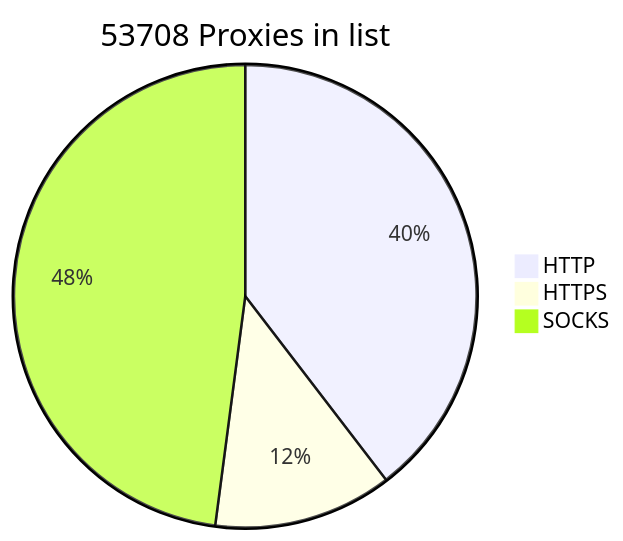
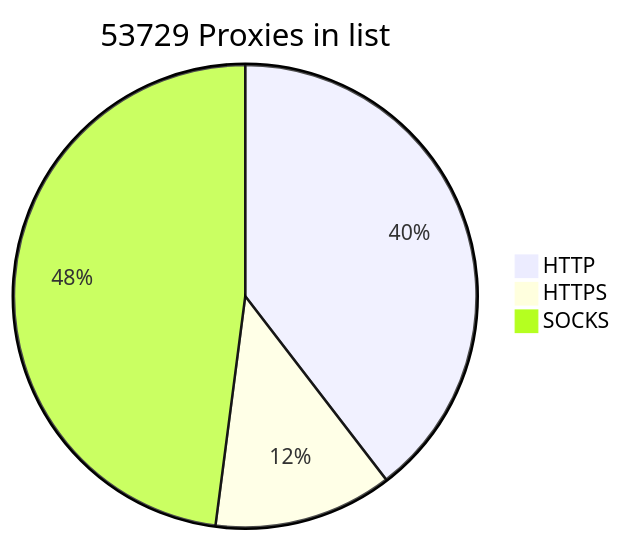
One commit to BlackSnowDot/proxylist-update-every-minute changed the diagram in README.md. Above: the diagram before and after it, drawn with Mermaid.

````diff
--- a/README.md
+++ b/README.md
@@ -2,6 +2,6 @@
 ```mermaid
-pie title 53708 Proxies in list
+pie title 53729 Proxies in list
     "HTTP" : 23775
     "HTTPS": 7501
-    "SOCKS" : 28783
+    "SOCKS" : 28804
 ```
````
